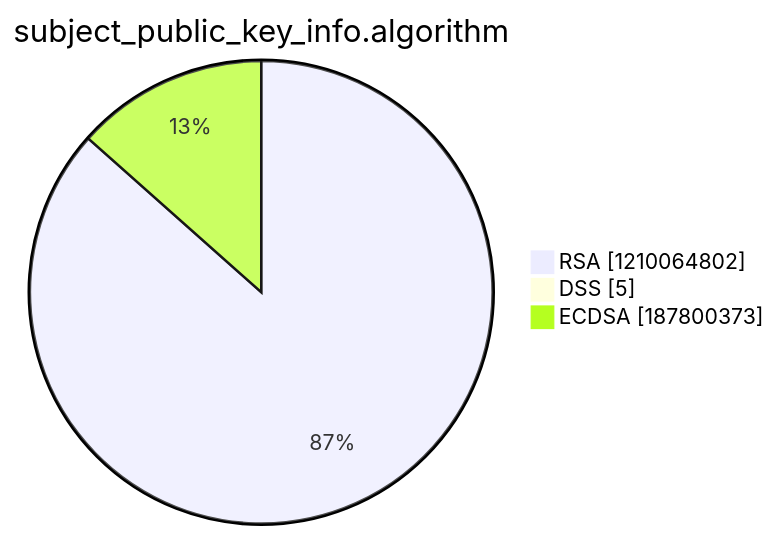
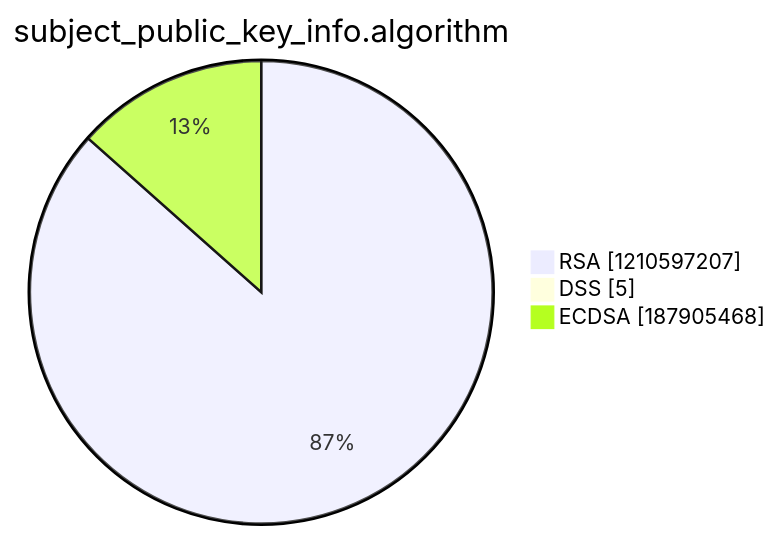
One commit to christiankrug/ctmonitor_visualization changed the third of 15 diagrams in argon2022/README.md. Above: the diagram before and after it, drawn with Mermaid. The commit also changed other lines of this file, not shown here.

````diff
--- a/argon2022/README.md
+++ b/argon2022/README.md
@@ -14,7 +14,7 @@
 ```mermaid
 pie showData
 title subject_public_key_info.algorithm
-"RSA" :1210064802
+"RSA" :1210597207
 "DSS" :5
-"ECDSA" :187800373
+"ECDSA" :187905468
 ```
````
